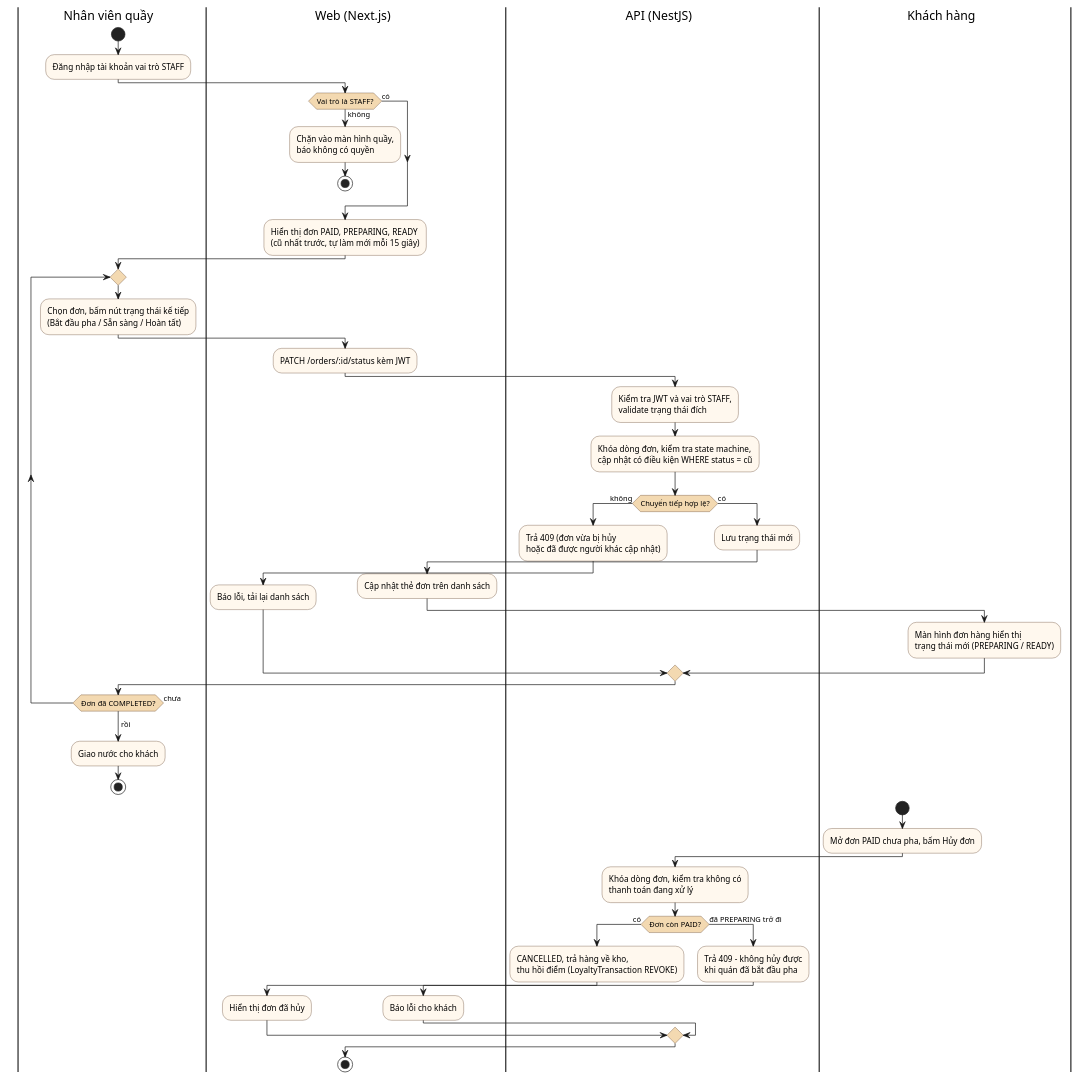
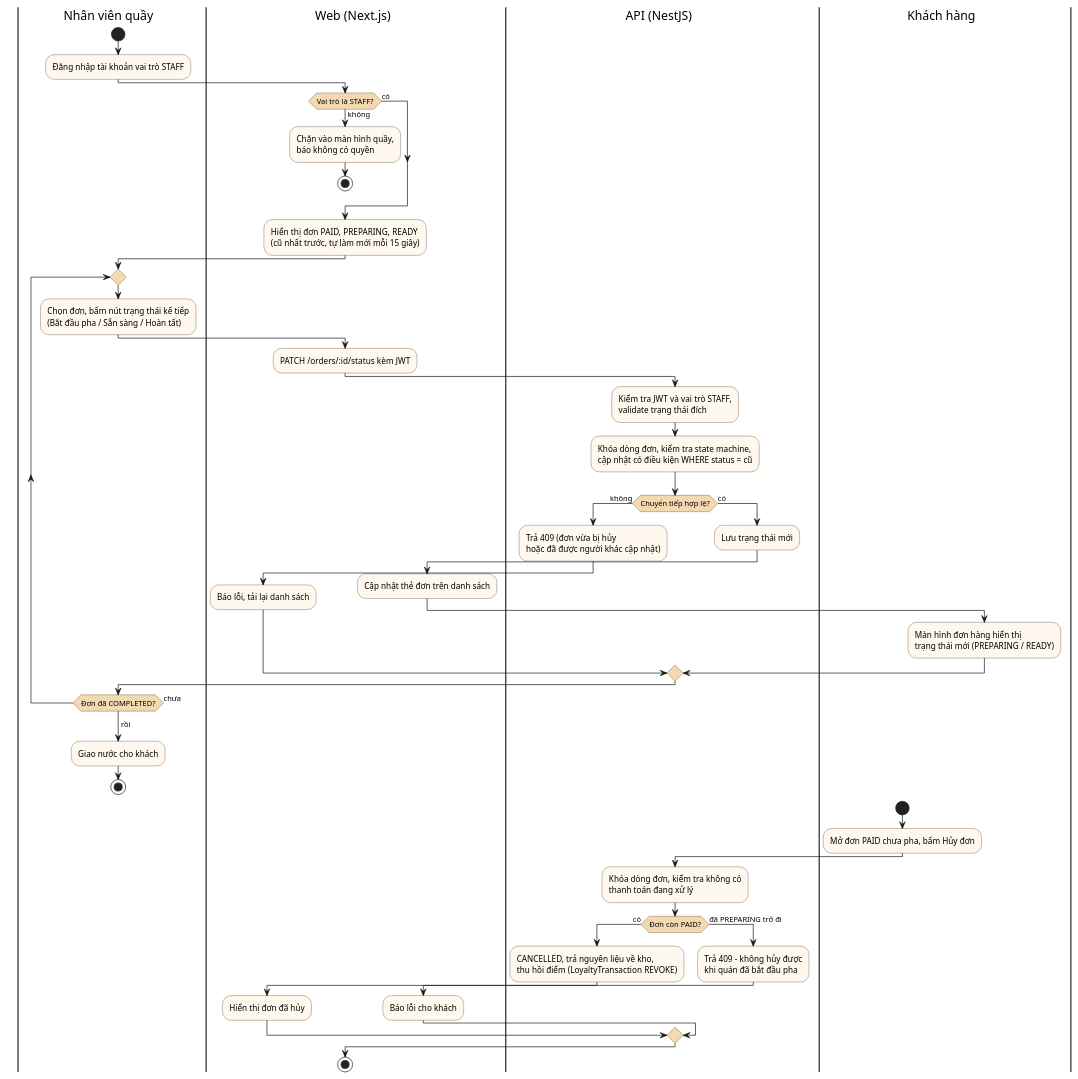
The diagram in docs/diagrams/activity-02-xu-ly-don.puml (PhucLee23/brewlite-assignment2), drawn with PlantUML before and after one commit. The commit also changed 1 other file, not shown here.

Commit message:
docs(diagrams): activity hủy đơn trả nguyên liệu về kho

```diff
--- a/docs/diagrams/activity-02-xu-ly-don.puml
+++ b/docs/diagrams/activity-02-xu-ly-don.puml
@@ -1,77 +1,77 @@
 @startuml activity-02-xu-ly-don
 ' Activity-02: nhân viên quầy xử lý đơn đã thanh toán, khách theo dõi trạng thái (Task 2.1)
 ' Liên kết: UC-08, UC-09, UC-10; FR-15, FR-16, FR-17, FR-18, FR-19
 skinparam shadowing false
 skinparam defaultFontName Arial
 skinparam activity {
   BackgroundColor #FFF8EE
   BorderColor #5A3A22
   DiamondBackgroundColor #F3D9B1
 }
 skinparam swimlaneWidth same
 
 |Nhân viên quầy|
 start
 :Đăng nhập tài khoản vai trò STAFF;
 
 |Web (Next.js)|
 if (Vai trò là STAFF?) then (không)
   :Chặn vào màn hình quầy,
   báo không có quyền;
   stop
 else (có)
 endif
 :Hiển thị đơn PAID, PREPARING, READY
 (cũ nhất trước, tự làm mới mỗi 15 giây);
 
 |Nhân viên quầy|
 repeat
   :Chọn đơn, bấm nút trạng thái kế tiếp
   (Bắt đầu pha / Sẵn sàng / Hoàn tất);
   |Web (Next.js)|
   :PATCH /orders/:id/status kèm JWT;
   |API (NestJS)|
   :Kiểm tra JWT và vai trò STAFF,
   validate trạng thái đích;
   :Khóa dòng đơn, kiểm tra state machine,
   cập nhật có điều kiện WHERE status = cũ;
   if (Chuyển tiếp hợp lệ?) then (không)
     :Trả 409 (đơn vừa bị hủy
     hoặc đã được người khác cập nhật);
     |Web (Next.js)|
     :Báo lỗi, tải lại danh sách;
   else (có)
     |API (NestJS)|
     :Lưu trạng thái mới;
     |Web (Next.js)|
     :Cập nhật thẻ đơn trên danh sách;
     |Khách hàng|
     :Màn hình đơn hàng hiển thị
     trạng thái mới (PREPARING / READY);
   endif
   |Nhân viên quầy|
 repeat while (Đơn đã COMPLETED?) is (chưa)
 -> rồi;
 :Giao nước cho khách;
 stop
 
 |Khách hàng|
 start
 :Mở đơn PAID chưa pha, bấm Hủy đơn;
 |API (NestJS)|
 :Khóa dòng đơn, kiểm tra không có
 thanh toán đang xử lý;
 if (Đơn còn PAID?) then (có)
-  :CANCELLED, trả hàng về kho,
+  :CANCELLED, trả nguyên liệu về kho,
   thu hồi điểm (LoyaltyTransaction REVOKE);
   |Web (Next.js)|
   :Hiển thị đơn đã hủy;
 else (đã PREPARING trở đi)
   |API (NestJS)|
   :Trả 409 – không hủy được
   khi quán đã bắt đầu pha;
   |Web (Next.js)|
   :Báo lỗi cho khách;
 endif
 stop
 @enduml
```
